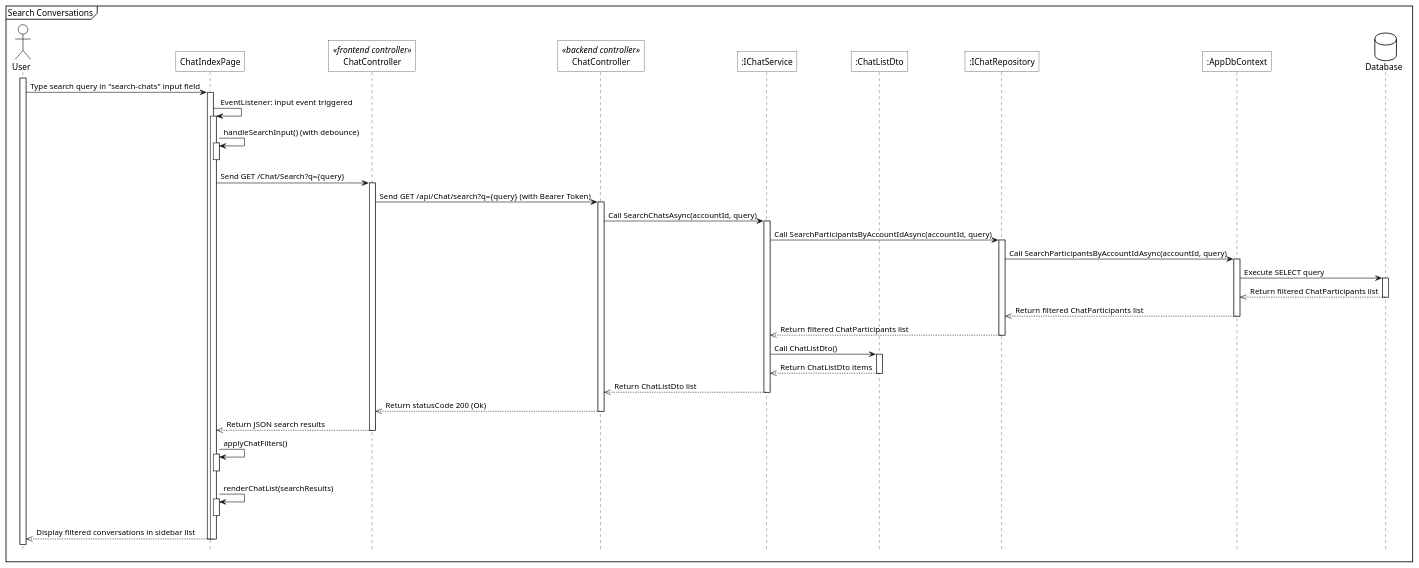
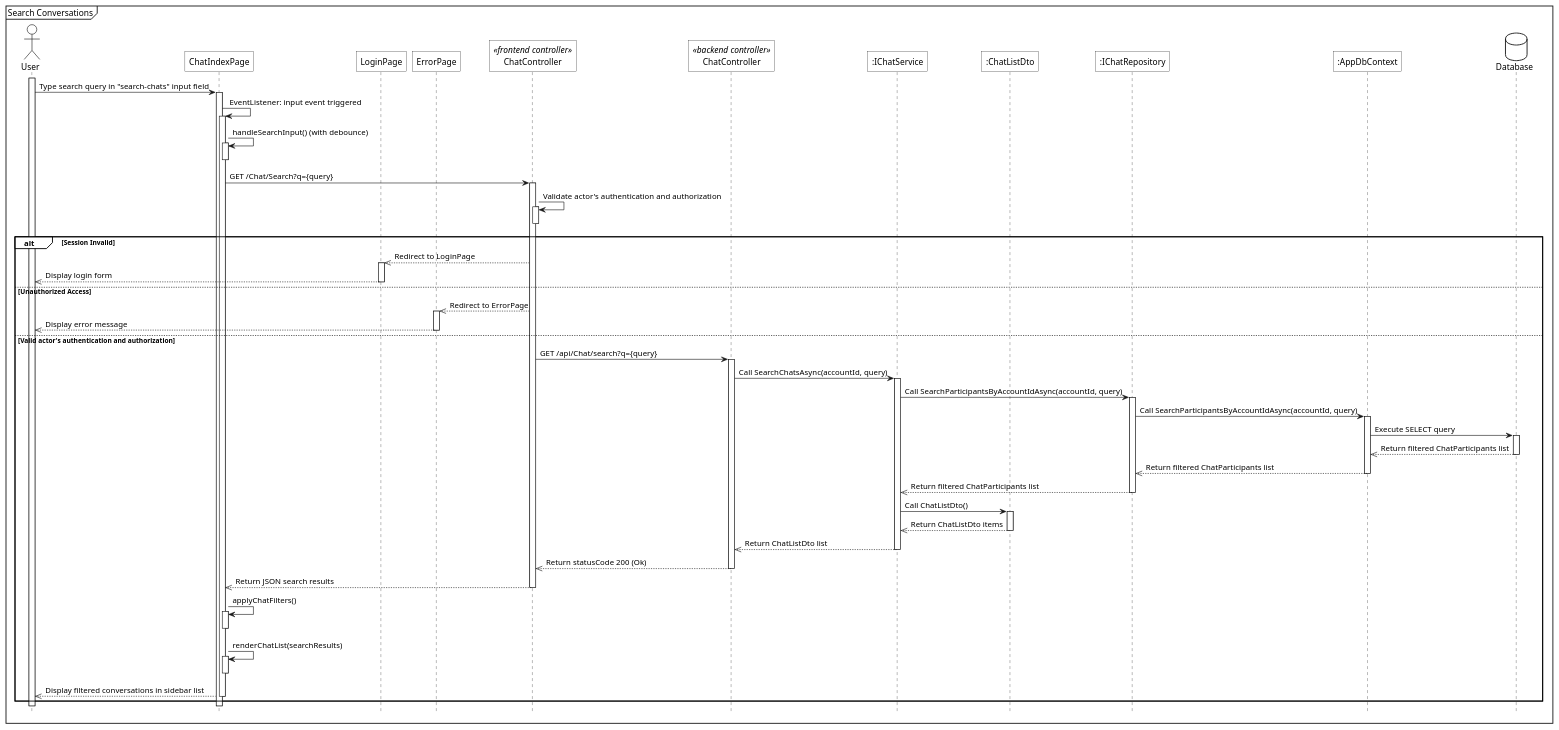
One commit to 1000do/Linked changed the diagram in diagrams/sequence/chat/sq_search_chat_history.plantuml. Above: the diagram before and after it, drawn with PlantUML. The commit also changed 30 other files, not shown here.

Commit message:
feat: add sequence diagrams for chat, notification, and instructor application management modules

```diff
--- a/diagrams/sequence/chat/sq_search_chat_history.plantuml
+++ b/diagrams/sequence/chat/sq_search_chat_history.plantuml
@@ -1,77 +1,91 @@
 @startuml
 <style>
     sequenceDiagram{
         actor{
             BackgroundColor white
             LineThickness 1.0
         }
         participant{
             BackgroundColor white
             RoundCorner 0
         }
         database{
             BackgroundColor white
         }
         groupHeader{
             BackgroundColor white
         }
         referenceHeader{
             BackgroundColor white
         }
         reference{
             BackgroundColor white
         }
     }
 </style>
 
 hide footbox
 
 mainframe Search Conversations
 
 actor User as act
 participant "ChatIndexPage" as view
+participant "LoginPage" as login_view
+participant "ErrorPage" as error_page
 participant "ChatController" as fe_ctrl <<frontend controller>>
 participant "ChatController" as be_ctrl <<backend controller>>
 participant ":IChatService" as sv
 participant ":ChatListDto" as chat_dto
 participant ":IChatRepository" as repo
 participant ":AppDbContext" as ctx
 database Database as db
 
 act++
 act->view++: Type search query in "search-chats" input field
 view->view++: EventListener: input event triggered
 
 view->view++: handleSearchInput() (with debounce)
 view--
 
-view->fe_ctrl++: Send GET /Chat/Search?q={query}
-fe_ctrl->be_ctrl++: Send GET /api/Chat/search?q={query} (with Bearer Token)
+view->fe_ctrl++: GET /Chat/Search?q={query}
 
-be_ctrl->sv++: Call SearchChatsAsync(accountId, query)
+fe_ctrl -> fe_ctrl++: Validate actor's authentication and authorization
+fe_ctrl--
+
+alt Session Invalid
+    fe_ctrl -->> login_view: Redirect to LoginPage
+    activate login_view
+    login_view -->> act--: Display login form
+else Unauthorized Access
+    fe_ctrl -->> error_page: Redirect to ErrorPage
+    activate error_page
+    error_page -->> act--: Display error message
+else Valid actor's authentication and authorization
+    fe_ctrl->be_ctrl++: GET /api/Chat/search?q={query}
+    
+    be_ctrl->sv++: Call SearchChatsAsync(accountId, query)
 
 sv->repo++: Call SearchParticipantsByAccountIdAsync(accountId, query)
 repo->ctx++: Call SearchParticipantsByAccountIdAsync(accountId, query)
 ctx->db++: Execute SELECT query
 
 db-->>ctx--: Return filtered ChatParticipants list
 ctx-->>repo--: Return filtered ChatParticipants list
 repo-->>sv--: Return filtered ChatParticipants list
 
 sv->chat_dto++: Call ChatListDto()
 
 chat_dto-->>sv--: Return ChatListDto items
 
 sv-->>be_ctrl--: Return ChatListDto list
 be_ctrl-->>fe_ctrl--: Return statusCode 200 (Ok)
 fe_ctrl-->>view--: Return JSON search results
 
 view->view++: applyChatFilters()
 view--
 view->view++: renderChatList(searchResults)
 view--
 
 view-->>act--: Display filtered conversations in sidebar list
-deactivate view
-
+end
 @enduml
```
